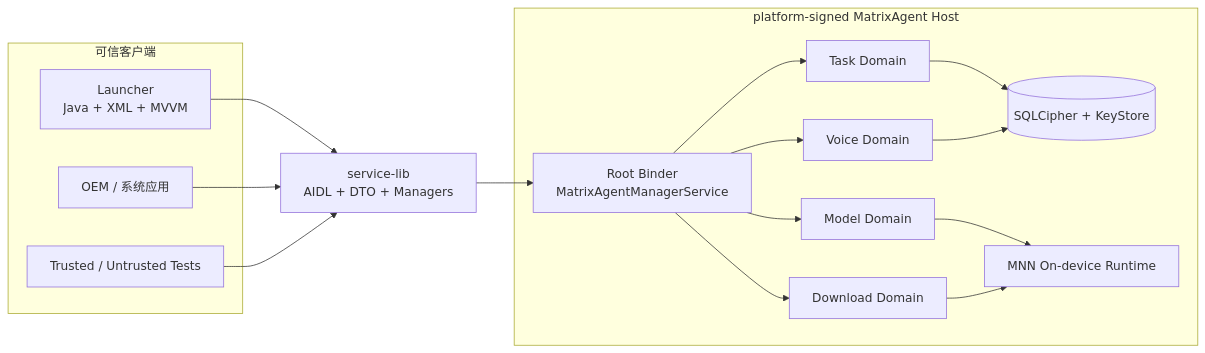
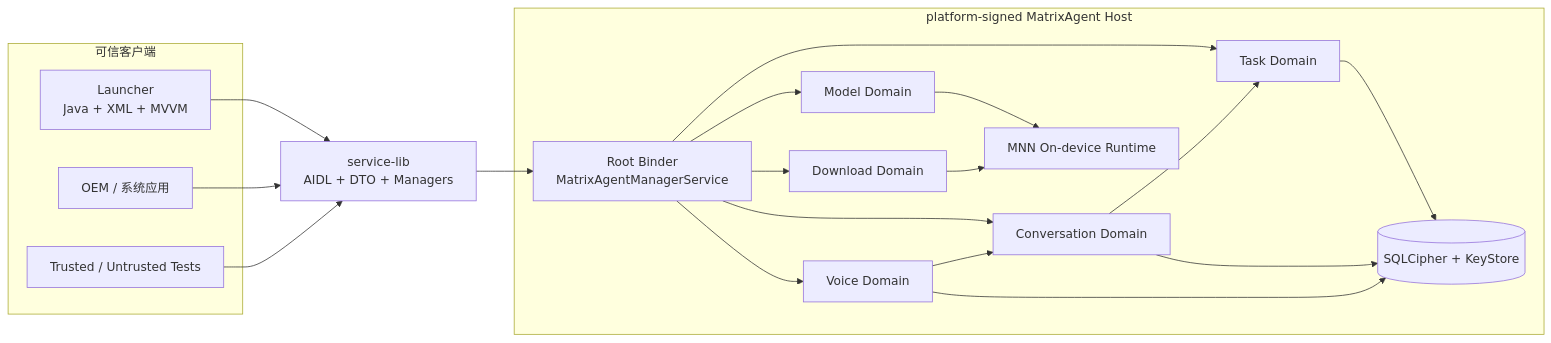
Before and after one commit to Zcorpius/MatrixAgentProject: the diagram in README.md, drawn with Mermaid. The commit also changed other lines of this file and 146 other files, not shown here.

Commit message:
feat: add persistent conversation and unified voice runtime

````diff
--- a/README.md
+++ b/README.md
@@ -84,34 +113,39 @@
 ```mermaid
 flowchart LR
     subgraph Clients[可信客户端]
         Launcher["Launcher<br/>Java + XML + MVVM"]
         OEM[OEM / 系统应用]
         Tests[Trusted / Untrusted Tests]
     end
 
     SDK["service-lib<br/>AIDL + DTO + Managers"]
 
     subgraph Host[platform-signed MatrixAgent Host]
         Root["Root Binder<br/>MatrixAgentManagerService"]
         Task[Task Domain]
+        Conversation[Conversation Domain]
         Voice[Voice Domain]
         Model[Model Domain]
         Download[Download Domain]
         Data[(SQLCipher + KeyStore)]
         Native[MNN On-device Runtime]
 
         Root --> Task
+        Root --> Conversation
         Root --> Voice
         Root --> Model
         Root --> Download
         Task --> Data
+        Conversation --> Task
+        Conversation --> Data
+        Voice --> Conversation
         Voice --> Data
         Model --> Native
         Download --> Native
     end
 
     Launcher --> SDK
     OEM --> SDK
     Tests --> SDK
     SDK --> Root
 ```
````
